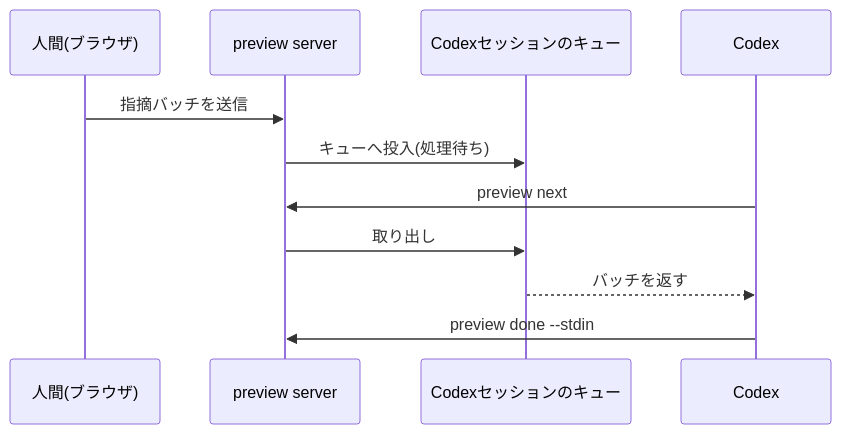
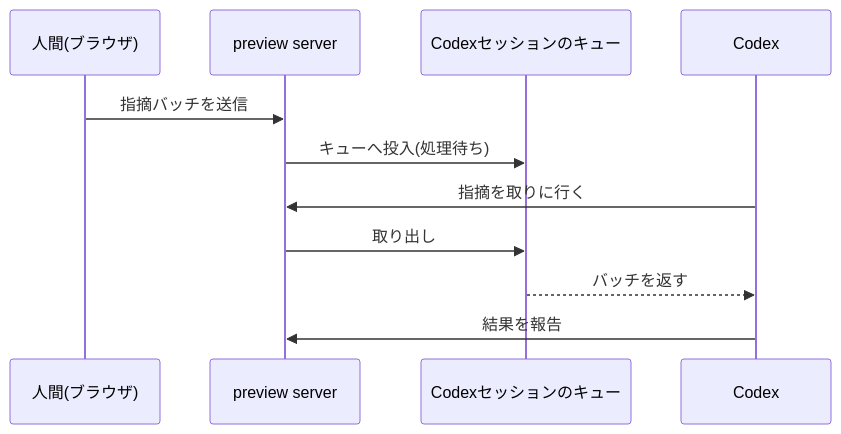
Before and after one commit to coji/zenn-content: the fourth of 5 diagrams in articles/artifactshare-preview-claude-codex-cursor.md, drawn with Mermaid. The commit also changed other lines of this file, not shown here.

Commit message:
Replace CLI command mentions with plain-Japanese meanings in body and diagrams

````diff
--- a/articles/artifactshare-preview-claude-codex-cursor.md
+++ b/articles/artifactshare-preview-claude-codex-cursor.md
@@ -132,14 +132,14 @@
 ```mermaid
 sequenceDiagram
     participant H as 人間(ブラウザ)
     participant S as preview server
     participant Q as Codexセッションのキュー
     participant X as Codex
 
     H->>S: 指摘バッチを送信
     S->>Q: キューへ投入(処理待ち)
-    X->>S: preview next
+    X->>S: 指摘を取りに行く
     S->>Q: 取り出し
     Q-->>X: バッチを返す
-    X->>S: preview done --stdin
+    X->>S: 結果を報告
 ```
````
